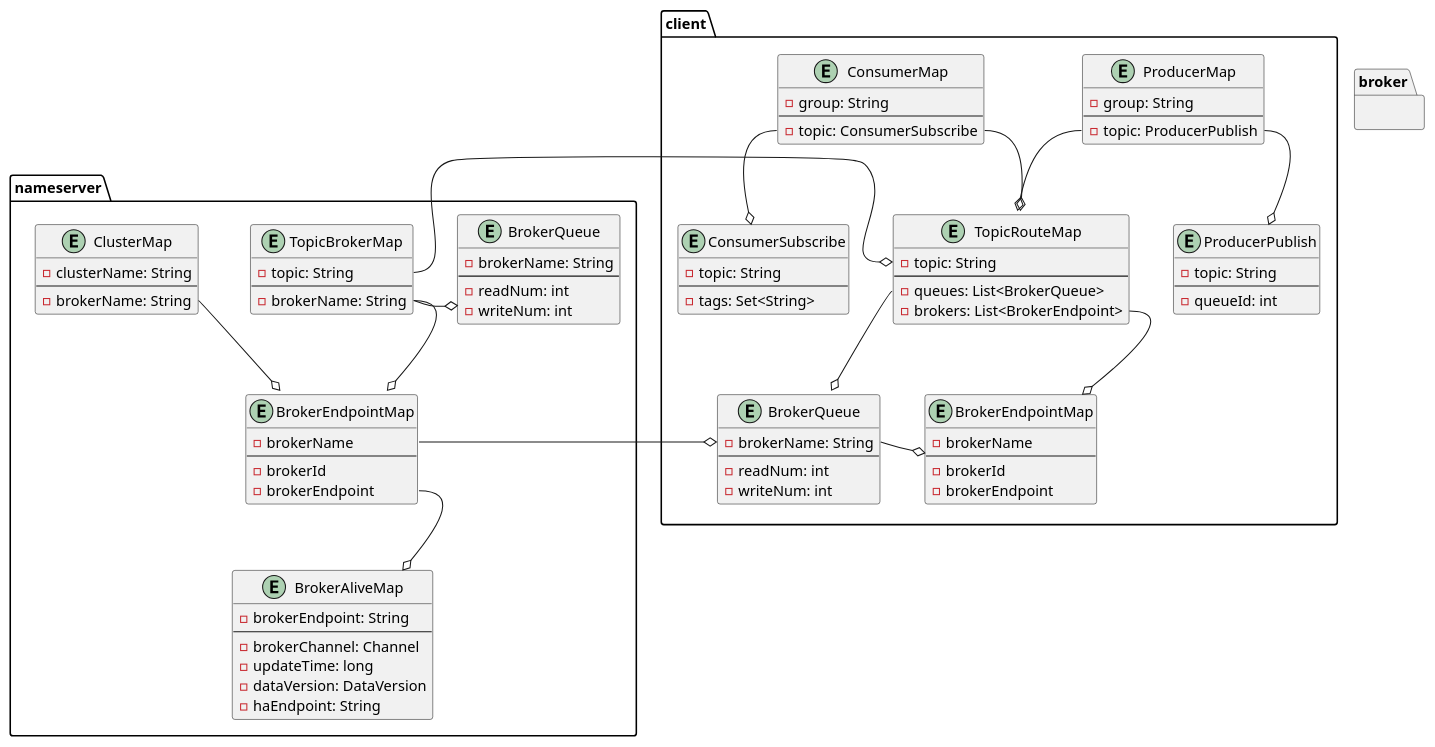
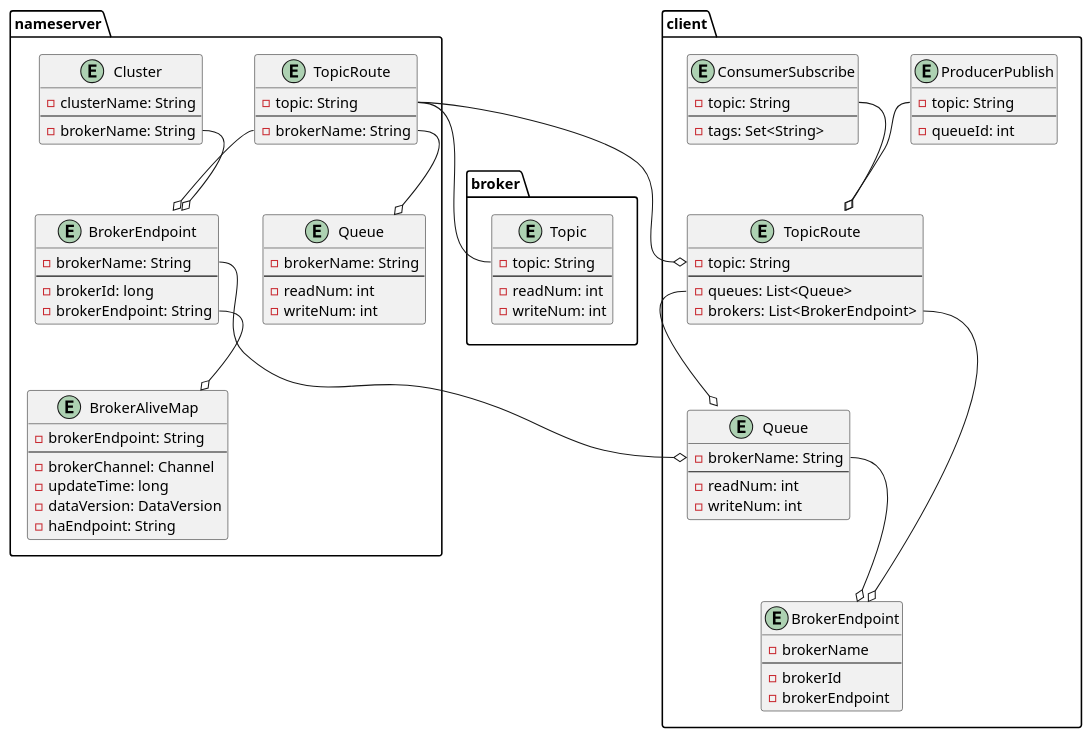
Before and after one commit to jonsalam/rocketmq-better: the diagram in plantuml/服务发现.plantuml, drawn with PlantUML. The commit also changed 12 other files, not shown here.

```diff
--- a/plantuml/服务发现.plantuml
+++ b/plantuml/服务发现.plantuml
@@ -1,104 +1,101 @@
 @startuml
 
+namespace broker {
+    entity Topic {
+        - topic: String
+        --
+        - readNum: int
+        - writeNum: int
+    }
+}
+
+namespace client {
+    entity ProducerPublish {
+        - topic: String
+        --
+        - queueId: int
+    }
+
+    entity ConsumerSubscribe {
+        - topic: String
+        --
+        - tags: Set<String>
+    }
+
+    entity TopicRoute {
+        - topic: String
+        --
+        - queues: List<Queue>
+        - brokers: List<BrokerEndpoint>
+    }
+    entity Queue {
+        - brokerName: String
+        --
+        - readNum: int
+        - writeNum: int
+    }
+
+    entity BrokerEndpoint {
+        - brokerName
+        --
+        - brokerId
+        - brokerEndpoint
+    }
+
+    ConsumerSubscribe::topic --o TopicRoute
+    ProducerPublish::topic --o TopicRoute
+    TopicRoute::queues  --o Queue
+    TopicRoute::brokers --o BrokerEndpoint
+    Queue::brokerName --o BrokerEndpoint
+}
+
 namespace nameserver {
-    entity ClusterMap {
+    entity Cluster {
         - clusterName: String
         --
         - brokerName: String
     }
 
-    entity BrokerEndpointMap {
-        - brokerName
+    entity BrokerEndpoint {
+        - brokerName: String
         --
-        - brokerId
-        - brokerEndpoint
+        - brokerId: long
+        - brokerEndpoint: String
     }
 
     entity BrokerAliveMap {
         - brokerEndpoint: String
         --
         - brokerChannel: Channel
         - updateTime: long
         - dataVersion: DataVersion
         - haEndpoint: String
     }
 
-    entity TopicBrokerMap {
+    entity TopicRoute {
         - topic: String
         --
         - brokerName: String
     }
 
-    entity BrokerQueue {
+    entity Queue {
         - brokerName: String
         --
         - readNum: int
         - writeNum: int
     }
 
-    ClusterMap::brokerName --o BrokerEndpointMap
-    BrokerEndpointMap::brokerEndpoint --o BrokerAliveMap
-    TopicBrokerMap::brokerName --o BrokerEndpointMap
-    TopicBrokerMap::brokerName -o BrokerQueue
+    Cluster::brokerName --o BrokerEndpoint
+    BrokerEndpoint::brokerEndpoint --o BrokerAliveMap
+    TopicRoute::brokerName --o BrokerEndpoint
+    TopicRoute::brokerName --o Queue
 }
 
-namespace broker {
+nameserver.BrokerEndpoint::brokerName --o client.Queue::brokerName
+nameserver.TopicRoute::topic --o client.TopicRoute::topic
 
-}
-
-namespace client {
-    entity ProducerPublish {
-        - topic: String
-        --
-        - queueId: int
-    }
-    entity ProducerMap {
-        - group: String
-        --
-        - topic: ProducerPublish
-    }
-
-    entity ConsumerMap {
-        - group: String
-        --
-        - topic: ConsumerSubscribe
-    }
-    entity ConsumerSubscribe {
-        - topic: String
-        --
-        - tags: Set<String>
-    }
-    ProducerMap::topic --o ProducerPublish
-    ConsumerMap::topic --o ConsumerSubscribe
-
-    entity TopicRouteMap {
-        - topic: String
-        --
-        - queues: List<BrokerQueue>
-        - brokers: List<BrokerEndpoint>
-    }
-    entity BrokerQueue {
-        - brokerName: String
-        --
-        - readNum: int
-        - writeNum: int
-    }
-
-    entity BrokerEndpointMap {
-        - brokerName
-        --
-        - brokerId
-        - brokerEndpoint
-    }
-
-    ConsumerMap::topic --o TopicRouteMap
-    ProducerMap::topic --o TopicRouteMap
-    TopicRouteMap::queues  --o BrokerQueue
-    TopicRouteMap::brokers -o BrokerEndpointMap
-    BrokerQueue::brokerName -o BrokerEndpointMap
-}
-
-nameserver.BrokerEndpointMap::brokerName -o client.BrokerQueue::brokerName
-nameserver.TopicBrokerMap::topic -o client.TopicRouteMap::topic
+nameserver.TopicRoute::topic -- broker.Topic::topic
+'nameserver.BrokerEndpoint -o broker
+'nameserver.Cluster -o broker
 
 @enduml
```
